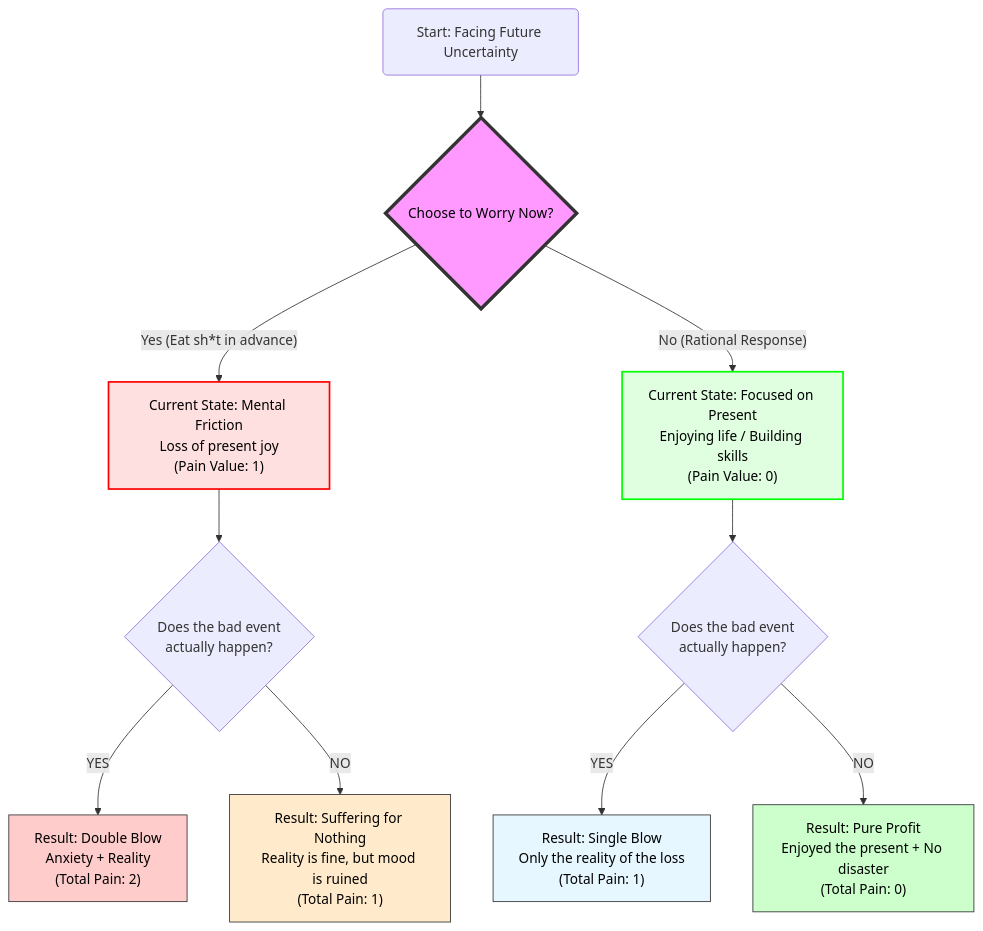
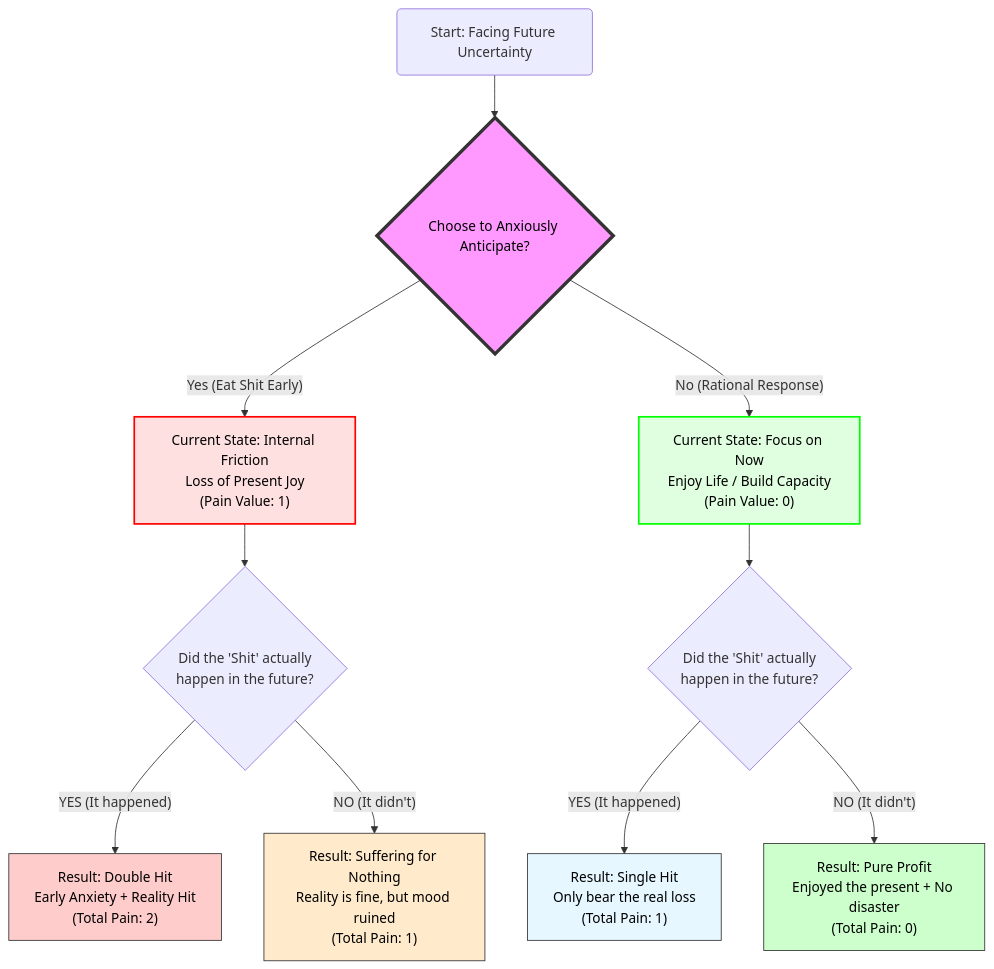
One commit to cworld1/astro-theme-pure changed the first of 2 diagrams in src/content/blog/en/stop-eating-shit-in-advance/index.mdx. Above: the diagram before and after it, drawn with Mermaid. The commit also changed other lines of this file and 16 other files, not shown here.

````diff
--- a/src/content/blog/en/stop-eating-shit-in-advance/index.mdx
+++ b/src/content/blog/en/stop-eating-shit-in-advance/index.mdx
@@ -38,28 +47,28 @@
 ```mermaid
 graph TD
-    Start("Start: Facing Future Uncertainty") --> Decision{"Choose to Worry Now?"}
+    Start("Start: Facing Future Uncertainty") --> Decision{"Choose to Anxiously Anticipate?"}
 
-    %% Path 1: Anxiety Path (A losing trade)
-    Decision -- "Yes (Eat sh*t in advance)" --> Anxiety["Current State: Mental Friction<br/>Loss of present joy<br/>(Pain Value: 1)"]
-    Anxiety --> Event1{"Does the bad event<br/>actually happen?"}
+    %% Path 1: Anxiety Path (A Loss-Making Trade)
+    Decision -- "Yes (Eat Shit Early)" --> Anxiety["Current State: Internal Friction<br/>Loss of Present Joy<br/>(Pain Value: 1)"]
+    Anxiety --> Event1{"Did the 'Shit' actually<br/>happen in the future?"}
     
-    Event1 -- "YES" --> BadEnd1["Result: Double Blow<br/>Anxiety + Reality<br/>(Total Pain: 2)"]
-    Event1 -- "NO" --> BadEnd2["Result: Suffering for Nothing<br/>Reality is fine, but mood is ruined<br/>(Total Pain: 1)"]
+    Event1 -- "YES (It happened)" --> BadEnd1["Result: Double Hit<br/>Early Anxiety + Reality Hit<br/>(Total Pain: 2)"]
+    Event1 -- "NO (It didn't)" --> BadEnd2["Result: Suffering for Nothing<br/>Reality is fine, but mood ruined<br/>(Total Pain: 1)"]
 
-    %% Path 2: Rational Path (A break-even/winning trade)
-    Decision -- "No (Rational Response)" --> Rational["Current State: Focused on Present<br/>Enjoying life / Building skills<br/>(Pain Value: 0)"]
-    Rational --> Event2{"Does the bad event<br/>actually happen?"}
+    %% Path 2: Rational Path (Break-even/Profitable Trade)
+    Decision -- "No (Rational Response)" --> Rational["Current State: Focus on Now<br/>Enjoy Life / Build Capacity<br/>(Pain Value: 0)"]
+    Rational --> Event2{"Did the 'Shit' actually<br/>happen in the future?"}
     
-    Event2 -- "YES" --> GoodEnd1["Result: Single Blow<br/>Only the reality of the loss<br/>(Total Pain: 1)"]
-    Event2 -- "NO" --> GoodEnd2["Result: Pure Profit<br/>Enjoyed the present + No disaster<br/>(Total Pain: 0)"]
+    Event2 -- "YES (It happened)" --> GoodEnd1["Result: Single Hit<br/>Only bear the real loss<br/>(Total Pain: 1)"]
+    Event2 -- "NO (It didn't)" --> GoodEnd2["Result: Pure Profit<br/>Enjoyed the present + No disaster<br/>(Total Pain: 0)"]
 
-    %% Styling
+    %% Style Adjustments
     style Decision fill:#f9f,stroke:#333,stroke-width:4px,color:#000
     style Anxiety fill:#ffe0e0,stroke:#f00,stroke-width:2px,color:#000
     style Rational fill:#e0ffe0,stroke:#0f0,stroke-width:2px,color:#000
     
     style BadEnd1 fill:#ffcccc,stroke:#333,color:#000
     style BadEnd2 fill:#ffebcc,stroke:#333,color:#000
     style GoodEnd1 fill:#e6f7ff,stroke:#333,color:#000
     style GoodEnd2 fill:#ccffcc,stroke:#333,color:#000
 ```
````
